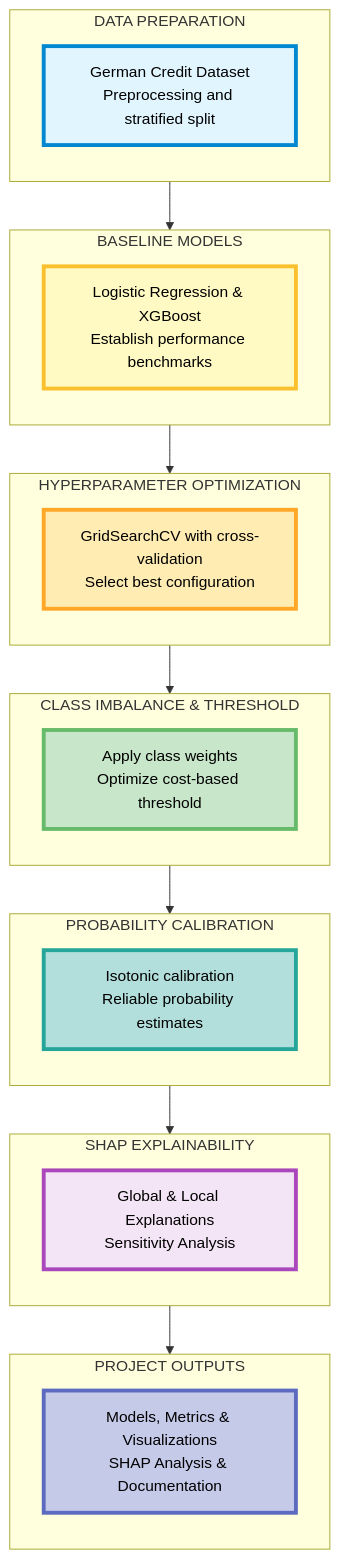
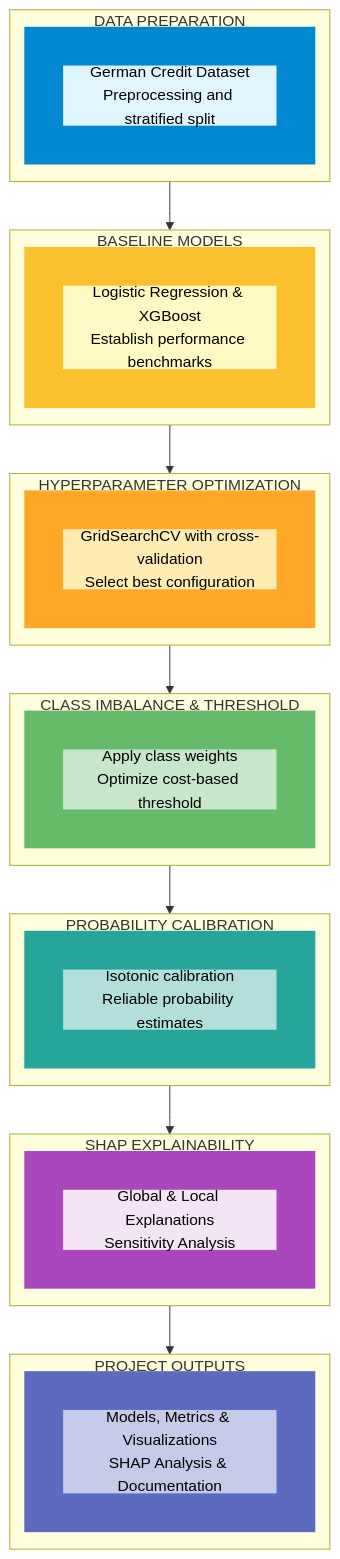
The diagram in README.md (aneeshfelicity/DS-Capstone), drawn with Mermaid before and after one commit.

Commit message:
Increase stroke-width for diagram class stylessize 2
Updated stroke-width for various class definitions in the diagram styles.

````diff
--- a/README.md
+++ b/README.md
@@ -182,60 +182,60 @@
 ```mermaid
 flowchart TB
     subgraph data[" DATA PREPARATION "]
         direction TB
         A1[German Credit Dataset<br/>Preprocessing and stratified split]
     end
     
     subgraph baseline[" BASELINE MODELS "]
         direction TB
         B1[Logistic Regression & XGBoost<br/>Establish performance benchmarks]
     end
     
     subgraph tuning[" HYPERPARAMETER OPTIMIZATION "]
         direction TB
         C1[GridSearchCV with cross-validation<br/>Select best configuration]
     end
     
     subgraph balance[" CLASS IMBALANCE & THRESHOLD "]
         direction TB
         D1[Apply class weights<br/>Optimize cost-based threshold]
     end
     
     subgraph calibration[" PROBABILITY CALIBRATION "]
         direction TB
         E1[Isotonic calibration<br/>Reliable probability estimates]
     end
     
     subgraph shap[" SHAP EXPLAINABILITY "]
         direction TB
         F1[Global & Local Explanations<br/>Sensitivity Analysis]
     end
     
     subgraph outputs[" PROJECT OUTPUTS "]
         direction TB
         G1[Models, Metrics & Visualizations<br/>SHAP Analysis & Documentation]
     end
     
     data --> baseline
     baseline --> tuning
     tuning --> balance
     balance --> calibration
     calibration --> shap
     shap --> outputs
     
-    classDef dataStyle fill:#e1f5ff,stroke:#0288d1,stroke-width:4px,color:#000
-    classDef baselineStyle fill:#fff9c4,stroke:#fbc02d,stroke-width:4px,color:#000
-    classDef tuningStyle fill:#ffecb3,stroke:#ffa726,stroke-width:4px,color:#000
-    classDef balanceStyle fill:#c8e6c9,stroke:#66bb6a,stroke-width:4px,color:#000
-    classDef calibrationStyle fill:#b2dfdb,stroke:#26a69a,stroke-width:4px,color:#000
-    classDef shapStyle fill:#f3e5f5,stroke:#ab47bc,stroke-width:4px,color:#000
-    classDef outputStyle fill:#c5cae9,stroke:#5c6bc0,stroke-width:4px,color:#000
+    classDef dataStyle fill:#e1f5ff,stroke:#0288d1,stroke-width:40px,color:#000
+    classDef baselineStyle fill:#fff9c4,stroke:#fbc02d,stroke-width:40px,color:#000
+    classDef tuningStyle fill:#ffecb3,stroke:#ffa726,stroke-width:40px,color:#000
+    classDef balanceStyle fill:#c8e6c9,stroke:#66bb6a,stroke-width:40px,color:#000
+    classDef calibrationStyle fill:#b2dfdb,stroke:#26a69a,stroke-width:40px,color:#000
+    classDef shapStyle fill:#f3e5f5,stroke:#ab47bc,stroke-width:40px,color:#000
+    classDef outputStyle fill:#c5cae9,stroke:#5c6bc0,stroke-width:40px,color:#000
     
     class A1 dataStyle
     class B1 baselineStyle
     class C1 tuningStyle
     class D1 balanceStyle
     class E1 calibrationStyle
     class F1 shapStyle
     class G1 outputStyle
 ```
````
